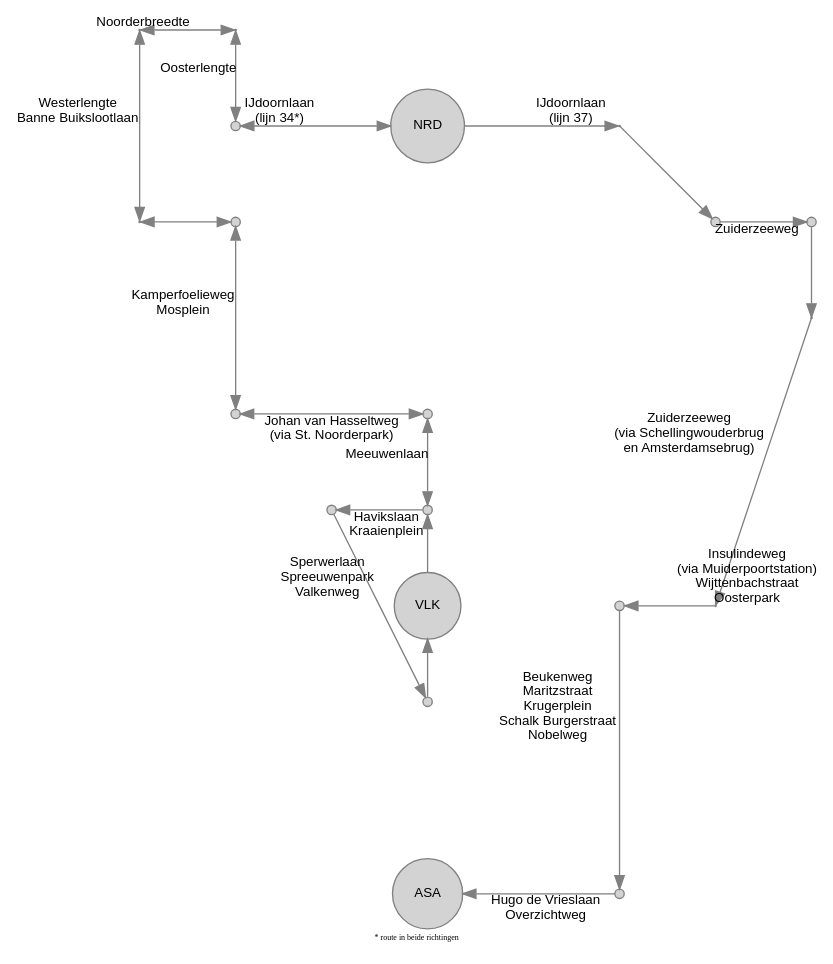
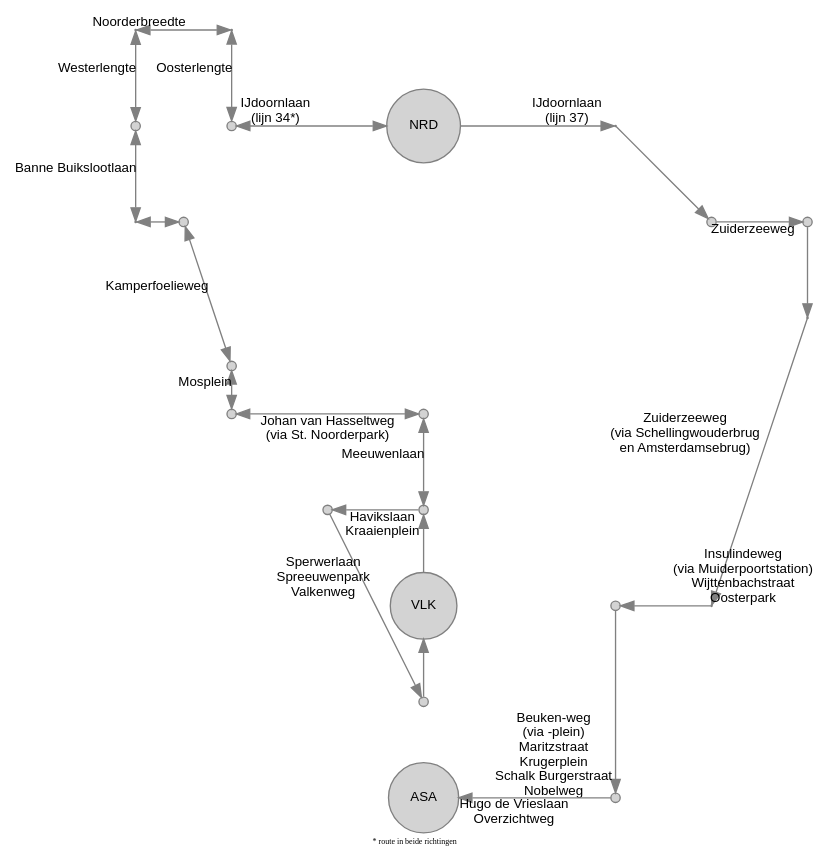
The diagram in gvb/NRD.gv (JacekPardyak/bus), drawn with Graphviz before and after one commit. The commit also changed 19 other files, not shown here.

```diff
--- a/gvb/NRD.gv
+++ b/gvb/NRD.gv
@@ -1,80 +1,84 @@
 digraph G {
   layout = neato
   node [shape = circle, style = filled, fillcolor = lightgray, color=gray, height=0.1, label = "", fontsize = 10, fontname = "Arial"]
   edge [color=gray, fontsize = 10, fontname = "Arial"]
 
   3400 [pos = " 1, 0!", label = "NRD"]
   3401 [pos = "-1, 0!"]
   3402 [pos = "-1, 1!", height=0.01]
   3403 [pos = "-2, 1!", height=0.01]
   3404 [pos = "-2,-1!", height=0.01]
-  3405 [pos = "-1,-1!"]
+  3405 [pos = "-1.5,-1!"]
   3406 [pos = "-1,-3!"]
   3407 [pos = " 1,-3!"]
   3408 [pos = " 1,-4!"]
   3409 [pos = " 0,-4!"]
   3410 [pos = " 1,-6!"]
   3411 [pos = " 1,-5!", label = "VLK"]
+  3412 [pos = "-2, 0!"]
+  3413 [pos = "-1,-2.5!"]
 
 
   3701 [pos = " 3, 0!", height=0.01]
   3702 [pos = " 4, -1!"]
   3703 [pos = " 5, -1!"]
   3704 [pos = " 5, -2!", height=0.01]
   3705 [pos = " 4, -5!", height=0.01]
   3709 [pos = " 3, -5!"]
-  3707 [pos = " 3, -8!"]
-  3708 [pos = " 1, -8!", label = "ASA"]  
+  3707 [pos = " 3, -7!"]
+  3708 [pos = " 1, -7!", label = "ASA"]  
   
   3400 -> 3401 [dir = both, label = "IJdoornlaan 
  (lijn 34*)"]
   3401 -> 3402 [dir = both, label = "Oosterlengte"]
   3402 -> 3403 [dir = both, label = "Noorderbreedte"]
-  3403 -> 3404 [dir = both, label = "Westerlengte 
- Banne Buikslootlaan"]
+  3403 -> 3412 [dir = both, label = "Westerlengte"]
+  3412 -> 3404 [dir = both, label = "Banne Buikslootlaan"]
   3404 -> 3405 [dir = both, label = ""]
-  3405 -> 3406 [dir = both, label = "Kamperfoelieweg 
- Mosplein"]
+  3405 -> 3413 [dir = both, label = "Kamperfoelieweg"]
+  3413 -> 3406 [dir = both, label = "Mosplein"]
+
   3406 -> 3407 [dir = both, label = "Johan van Hasseltweg 
  (via St. Noorderpark)"]
   3407 -> 3408 [dir = both, label = "Meeuwenlaan"]
   3408 -> 3409 [label = "Havikslaan 
  Kraaienplein"]
   3409 -> 3410 [label = "Sperwerlaan 
  Spreeuwenpark 
  Valkenweg"]
 
   3410 -> 3411 [label = ""]
   3411 -> 3408 [label = ""]
  
   3400 -> 3701 [label = "IJdoornlaan 
  (lijn 37)"]
 
   3701 -> 3702 [label = ""]
   3702 -> 3703 [label = "Zuiderzeeweg"]
   3703 -> 3704 [label = ""]
   
   3704 -> 3705 [label = "Zuiderzeeweg 
  (via Schellingwouderbrug 
  en Amsterdamsebrug) 
 "]
 
   3705 -> 3709 [label = "Insulindeweg 
  (via Muiderpoortstation)
  Wijttenbachstraat 
  Oosterpark "]
   
   3709 -> 3707 [label = "
-Beukenweg 
+Beuken-weg 
+(via -plein)
  Maritzstraat 
  Krugerplein 
  Schalk Burgerstraat 
  Nobelweg"]
   3707 -> 3708 [label = "Hugo de Vrieslaan 
  Overzichtweg"]
 
   labelloc="b"
   label="* route in beide richtingen"
   fontsize=6
 
 }
```
